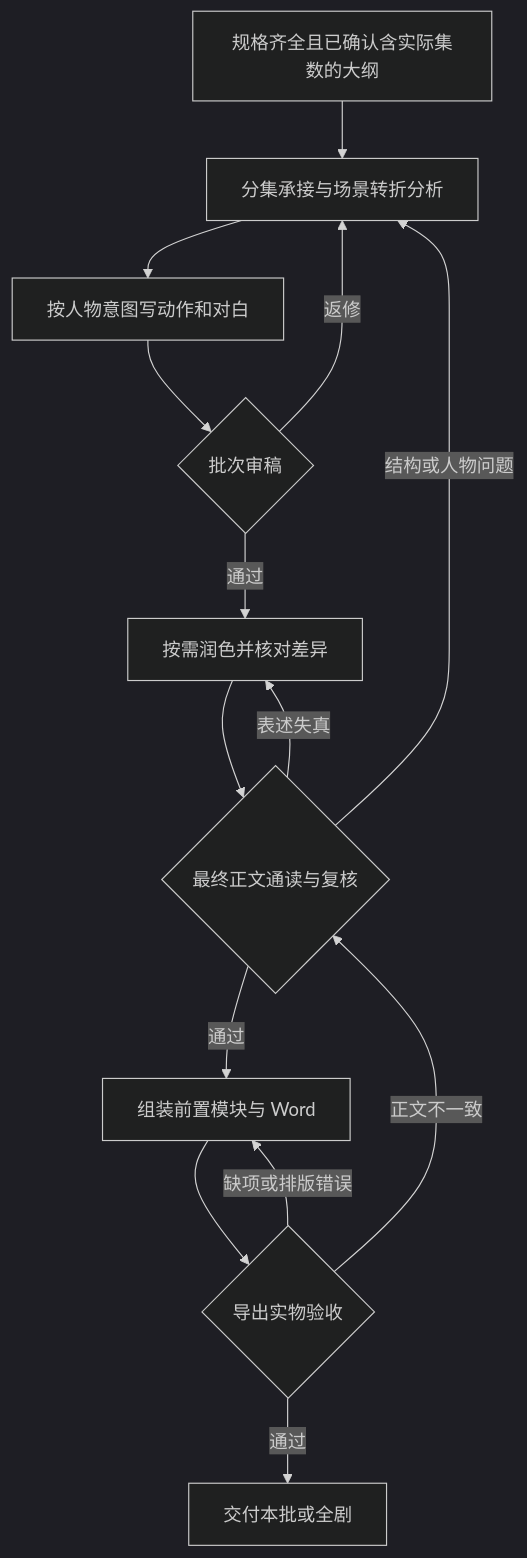
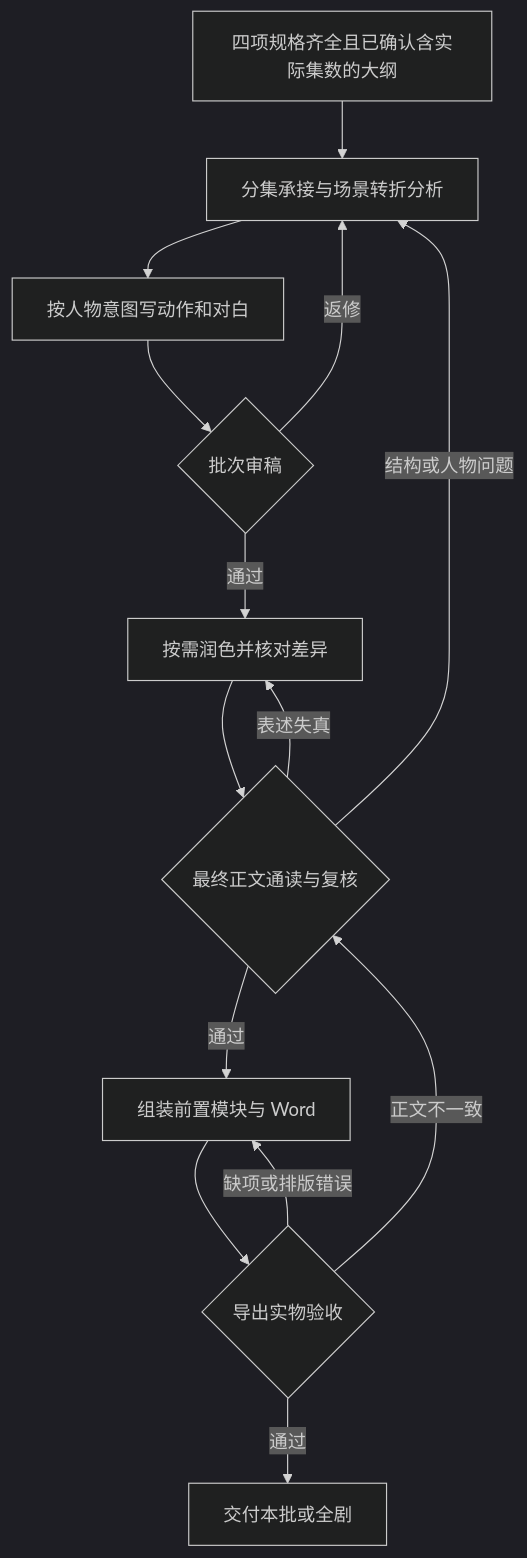
The second of 3 diagrams in README.md (CodeBlueFriend/mm-write-short-drama), drawn with Mermaid (dark theme) before and after one commit. The commit also changed other lines of this file and 21 other files, not shown here.

````diff
--- a/README.md
+++ b/README.md
@@ -48,16 +50,16 @@
 ```mermaid
 flowchart TD
-    A["规格齐全且已确认含实际集数的大纲"] --> B["分集承接与场景转折分析"]
+    A["四项规格齐全且已确认含实际集数的大纲"] --> B["分集承接与场景转折分析"]
     B --> C["按人物意图写动作和对白"]
     C --> D{"批次审稿"}
     D -->|返修| B
     D -->|通过| E["按需润色并核对差异"]
     E --> F{"最终正文通读与复核"}
     F -->|结构或人物问题| B
     F -->|表述失真| E
     F -->|通过| G["组装前置模块与 Word"]
     G --> H{"导出实物验收"}
     H -->|缺项或排版错误| G
     H -->|正文不一致| F
     H -->|通过| I["交付本批或全剧"]
 ```
````
